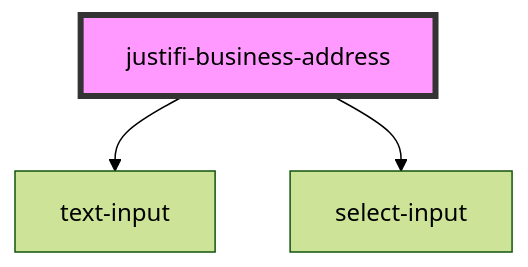
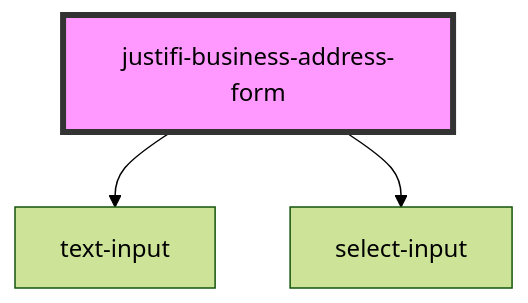
The diagram in stencil-library/src/components/business-form/business-address/readme.md (justifi-tech/web-component-library), drawn with Mermaid (forest theme) before and after one commit. The commit also changed 10 other files, not shown here.

Commit message:
rename business-address to use -form naming convention

````diff
--- a/stencil-library/src/components/business-form/business-address/readme.md
+++ b/stencil-library/src/components/business-form/business-address/readme.md
@@ -29,6 +29,6 @@
 ```mermaid
 graph TD;
-  justifi-business-address --> text-input
-  justifi-business-address --> select-input
-  style justifi-business-address fill:#f9f,stroke:#333,stroke-width:4px
+  justifi-business-address-form --> text-input
+  justifi-business-address-form --> select-input
+  style justifi-business-address-form fill:#f9f,stroke:#333,stroke-width:4px
 ```
````
